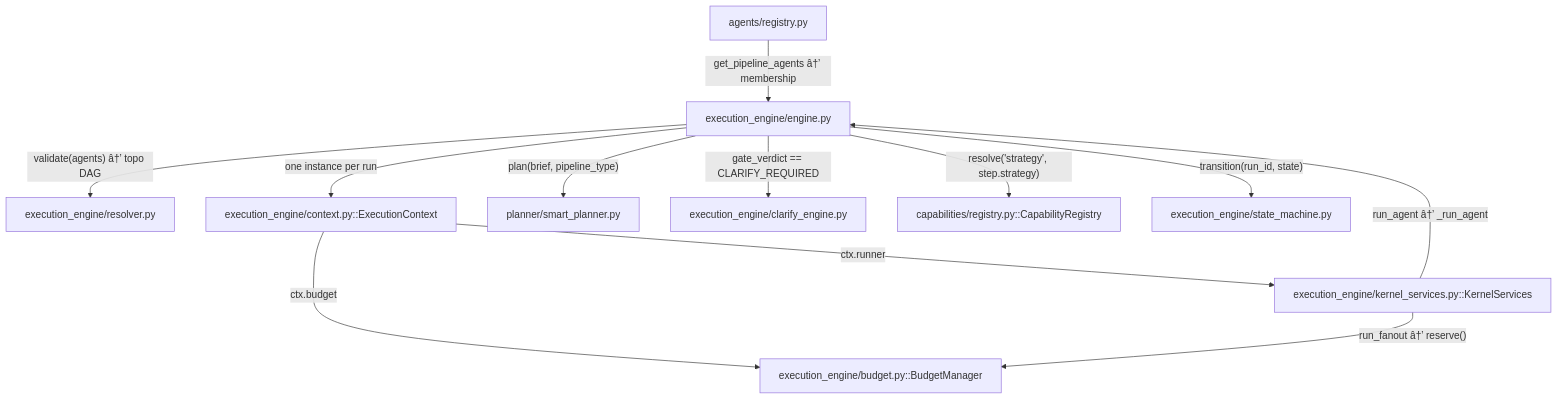
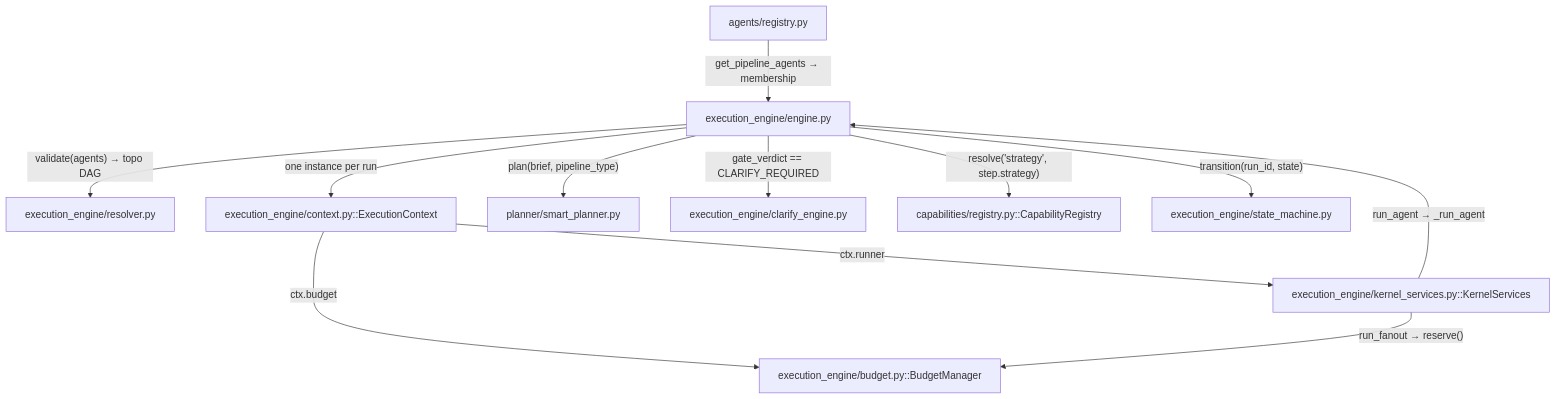
The ninth of 16 diagrams in .knowledge/ARCHITECTURE.md (prateek-sinha7/IdeaFlowAI), drawn with Mermaid before and after one commit. The commit also changed other lines of this file and 4493 other files, not shown here.

````diff
--- a/.knowledge/ARCHITECTURE.md
+++ b/.knowledge/ARCHITECTURE.md
@@ -292,25 +295,25 @@
 ```mermaid
 flowchart TD
     reg["agents/registry.py"]
     resolver["execution_engine/resolver.py"]
     engine["execution_engine/engine.py"]
     ectx["execution_engine/context.py::ExecutionContext"]
     planner["planner/smart_planner.py"]
     clarify["execution_engine/clarify_engine.py"]
     services["execution_engine/kernel_services.py::KernelServices"]
     caps["capabilities/registry.py::CapabilityRegistry"]
     budget["execution_engine/budget.py::BudgetManager"]
     state["execution_engine/state_machine.py"]
 
-    reg -->|"get_pipeline_agents â†’ membership"| engine
-    engine -->|"validate(agents) â†’ topo DAG"| resolver
+    reg -->|"get_pipeline_agents → membership"| engine
+    engine -->|"validate(agents) → topo DAG"| resolver
     engine -->|"one instance per run"| ectx
     engine -->|"plan(brief, pipeline_type)"| planner
     engine -->|"gate_verdict == CLARIFY_REQUIRED"| clarify
     engine -->|"resolve('strategy', step.strategy)"| caps
     engine -->|"transition(run_id, state)"| state
     ectx -->|"ctx.runner"| services
     ectx -->|"ctx.budget"| budget
-    services -->|"run_agent â†’ _run_agent"| engine
-    services -->|"run_fanout â†’ reserve()"| budget
+    services -->|"run_agent → _run_agent"| engine
+    services -->|"run_fanout → reserve()"| budget
 ```
````
